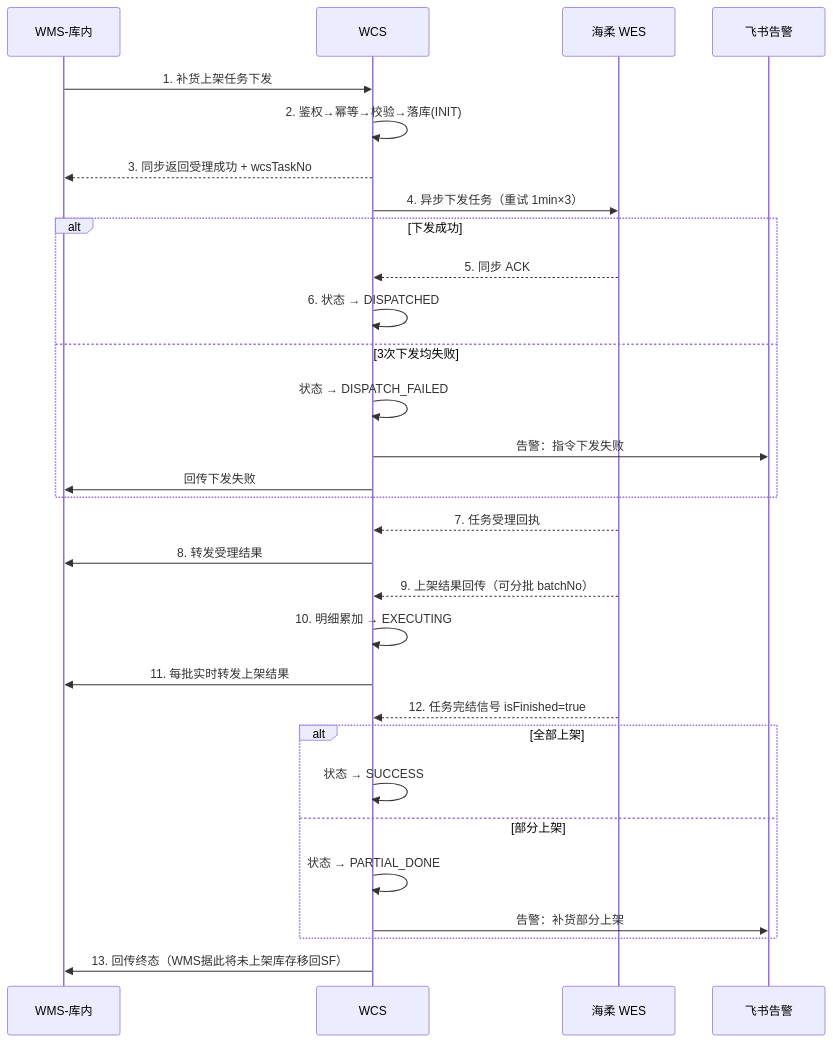
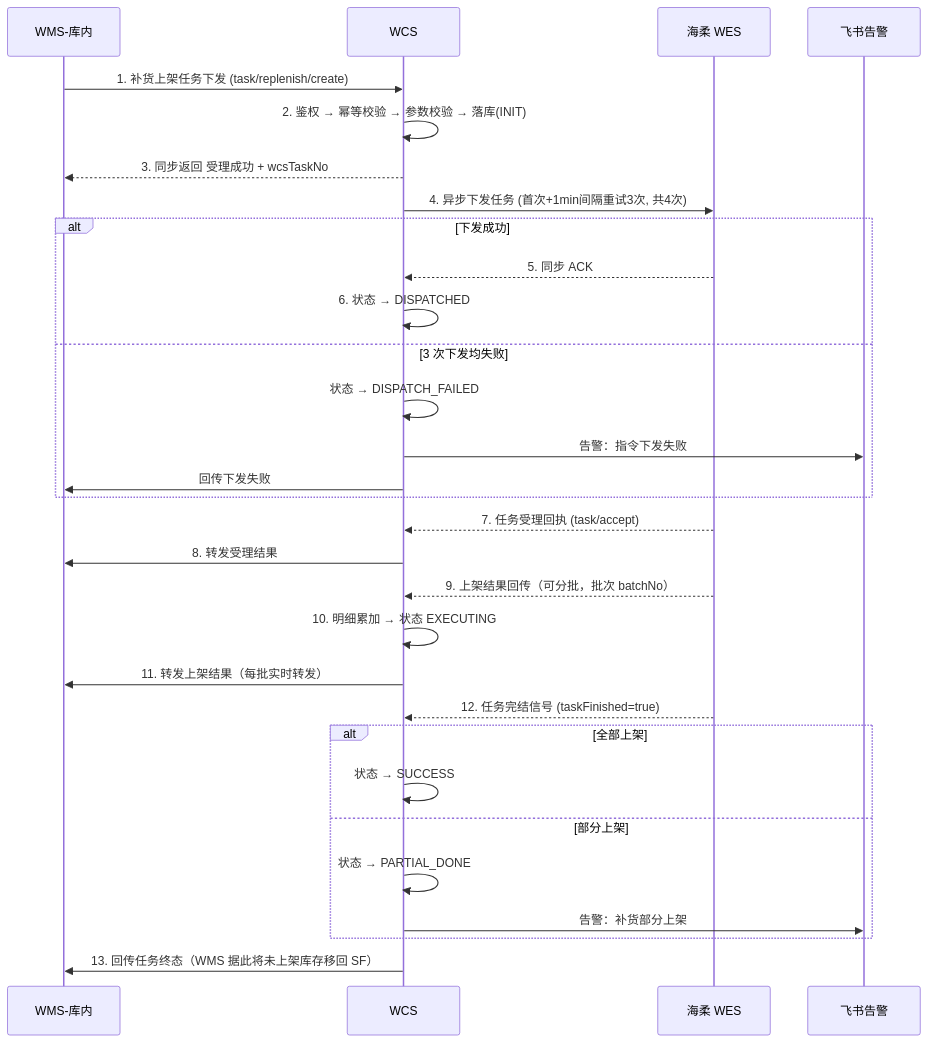
One commit to generous-jiang/jiangzw changed the diagram in docs/wcs/diagrams/02-seq-replenish.mmd. Above: the diagram before and after it, drawn with Mermaid. The commit also changed 13 other files, not shown here.

```diff
--- a/docs/wcs/diagrams/02-seq-replenish.mmd
+++ b/docs/wcs/diagrams/02-seq-replenish.mmd
@@ -1,30 +1,31 @@
 sequenceDiagram
     participant WMS as WMS-库内
     participant WCS as WCS
     participant WES as 海柔 WES
     participant FS as 飞书告警
-    WMS->>WCS: 1. 补货上架任务下发
-    WCS->>WCS: 2. 鉴权→幂等→校验→落库(INIT)
-    WCS-->>WMS: 3. 同步返回受理成功 + wcsTaskNo
-    WCS->>WES: 4. 异步下发任务（重试 1min×3）
+
+    WMS->>WCS: 1. 补货上架任务下发 (task/replenish/create)
+    WCS->>WCS: 2. 鉴权 → 幂等校验 → 参数校验 → 落库(INIT)
+    WCS-->>WMS: 3. 同步返回 受理成功 + wcsTaskNo
+    WCS->>WES: 4. 异步下发任务 (首次+1min间隔重试3次, 共4次)
     alt 下发成功
         WES-->>WCS: 5. 同步 ACK
         WCS->>WCS: 6. 状态 → DISPATCHED
-    else 3次下发均失败
+    else 3 次下发均失败
         WCS->>WCS: 状态 → DISPATCH_FAILED
         WCS->>FS: 告警：指令下发失败
         WCS->>WMS: 回传下发失败
     end
-    WES-->>WCS: 7. 任务受理回执
+    WES-->>WCS: 7. 任务受理回执 (task/accept)
     WCS->>WMS: 8. 转发受理结果
-    WES-->>WCS: 9. 上架结果回传（可分批 batchNo）
-    WCS->>WCS: 10. 明细累加 → EXECUTING
-    WCS->>WMS: 11. 每批实时转发上架结果
-    WES-->>WCS: 12. 任务完结信号 isFinished=true
+    WES-->>WCS: 9. 上架结果回传（可分批，批次 batchNo）
+    WCS->>WCS: 10. 明细累加 → 状态 EXECUTING
+    WCS->>WMS: 11. 转发上架结果（每批实时转发）
+    WES-->>WCS: 12. 任务完结信号 (taskFinished=true)
     alt 全部上架
         WCS->>WCS: 状态 → SUCCESS
     else 部分上架
         WCS->>WCS: 状态 → PARTIAL_DONE
         WCS->>FS: 告警：补货部分上架
     end
-    WCS->>WMS: 13. 回传终态（WMS据此将未上架库存移回SF）
+    WCS->>WMS: 13. 回传任务终态（WMS 据此将未上架库存移回 SF）
```
